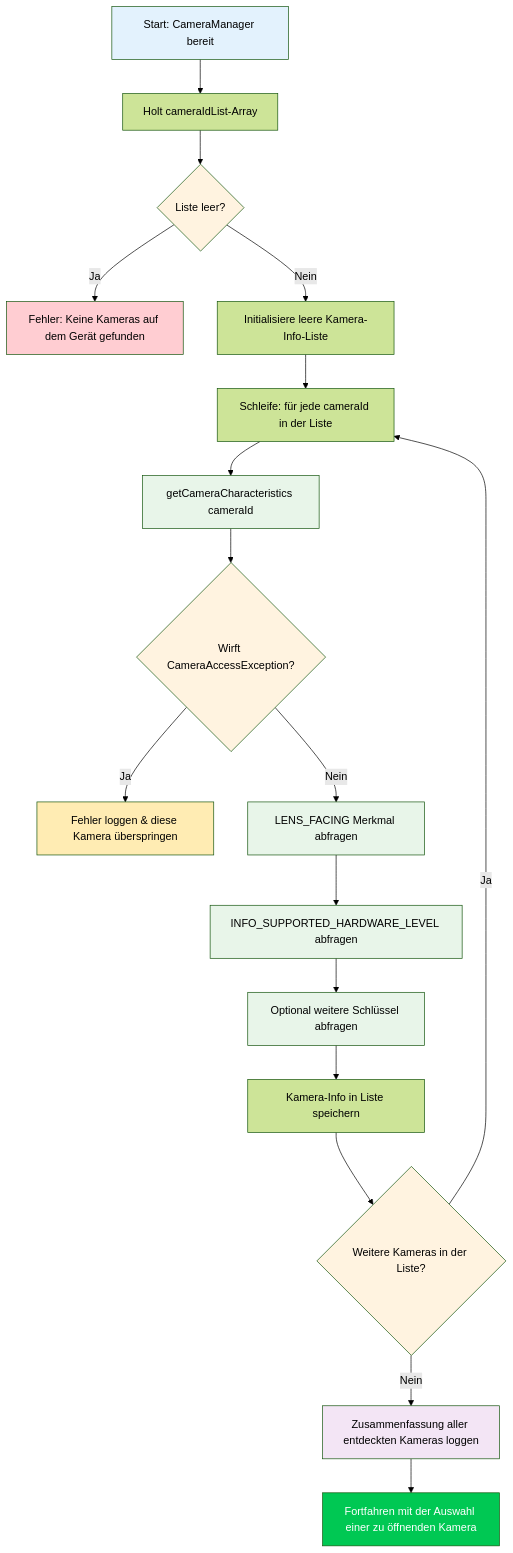
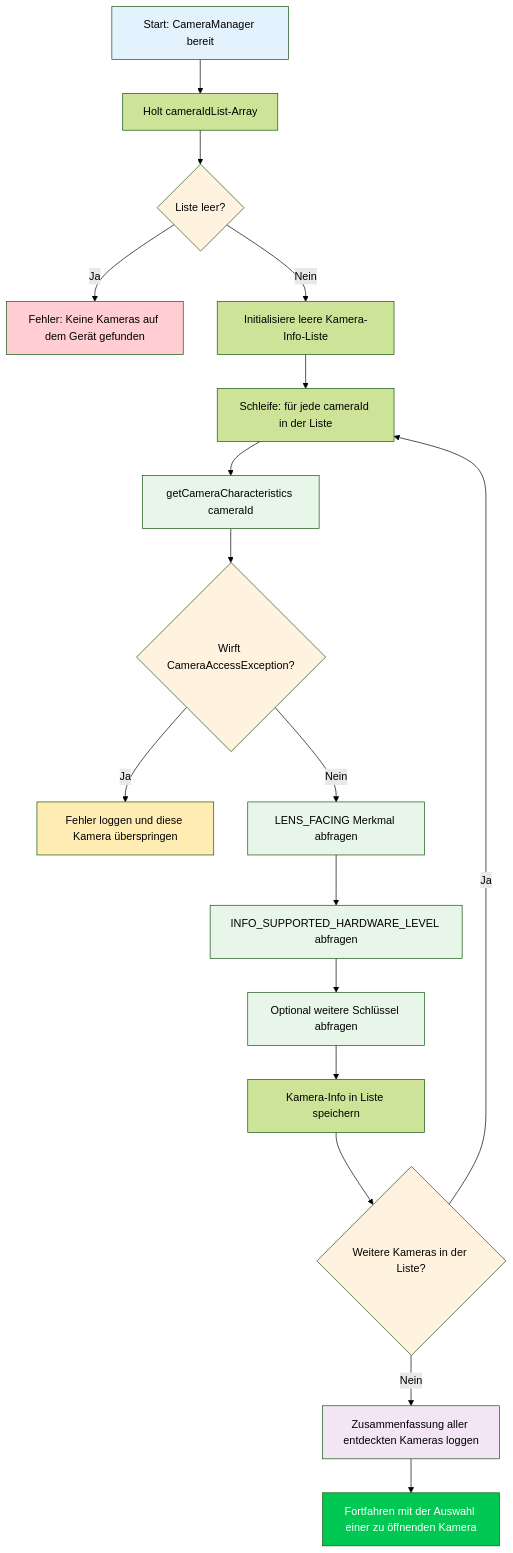
Before and after one commit to zoozooll/AndroidCameraParameters: the diagram in website/i18n/de/docusaurus-plugin-content-docs/current/camera2/discovering-cameras.md, drawn with Mermaid (forest theme). The commit also changed 77 other files, not shown here.

First line of the commit message:
docs: standardize Mermaid syntax and polish 3A pipeline translations

````diff
--- a/website/i18n/de/docusaurus-plugin-content-docs/current/camera2/discovering-cameras.md
+++ b/website/i18n/de/docusaurus-plugin-content-docs/current/camera2/discovering-cameras.md
@@ -32,32 +32,32 @@
 ```mermaid
 flowchart TD
     A["Start: CameraManager bereit"] --> B["Holt cameraIdList-Array"]
     B --> C{Liste leer?}
     C -->|Ja| D[Fehler: Keine Kameras auf dem Gerät gefunden]
     C -->|Nein| E[Initialisiere leere Kamera-Info-Liste]
     E --> F[Schleife: für jede cameraId in der Liste]
     F --> G[getCameraCharacteristics cameraId]
     G --> H{Wirft CameraAccessException?}
-    H -->|Ja| I[Fehler loggen & diese Kamera überspringen]
+    H -->|Ja| I[Fehler loggen und diese Kamera überspringen]
     H -->|Nein| J[LENS_FACING Merkmal abfragen]
     J --> K[INFO_SUPPORTED_HARDWARE_LEVEL abfragen]
     K --> L[Optional weitere Schlüssel abfragen]
     L --> M[Kamera-Info in Liste speichern]
     M --> N{Weitere Kameras in der Liste?}
     N -->|Ja| F
     N -->|Nein| O[Zusammenfassung aller entdeckten Kameras loggen]
     O --> P[Fortfahren mit der Auswahl einer zu öffnenden Kamera]
 
     style A fill:#e3f2fd
     style C fill:#fff3e0
     style H fill:#fff3e0
     style N fill:#fff3e0
     style D fill:#ffcdd2
     style I fill:#ffecb3
     style G fill:#e8f5e9
     style J fill:#e8f5e9
     style K fill:#e8f5e9
     style L fill:#e8f5e9
     style O fill:#f3e5f5
     style P fill:#00c853,color:#fff
 ```
````
